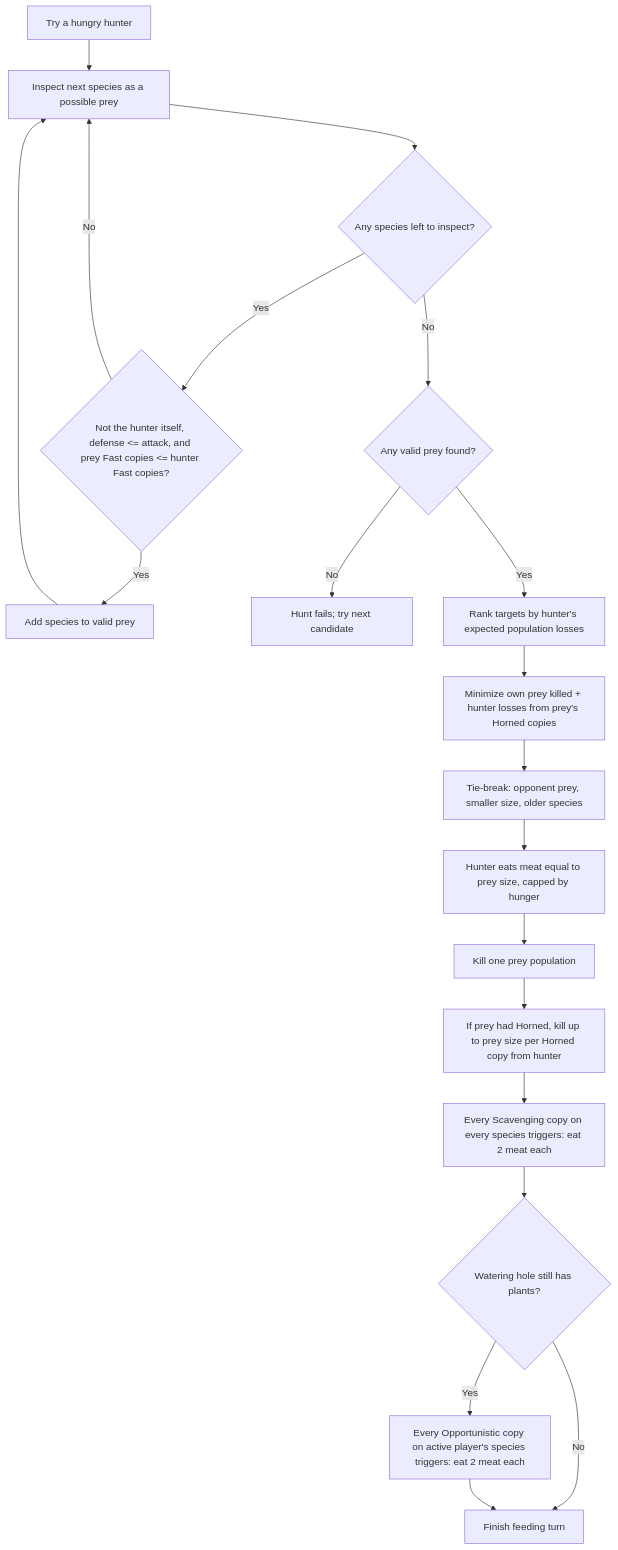
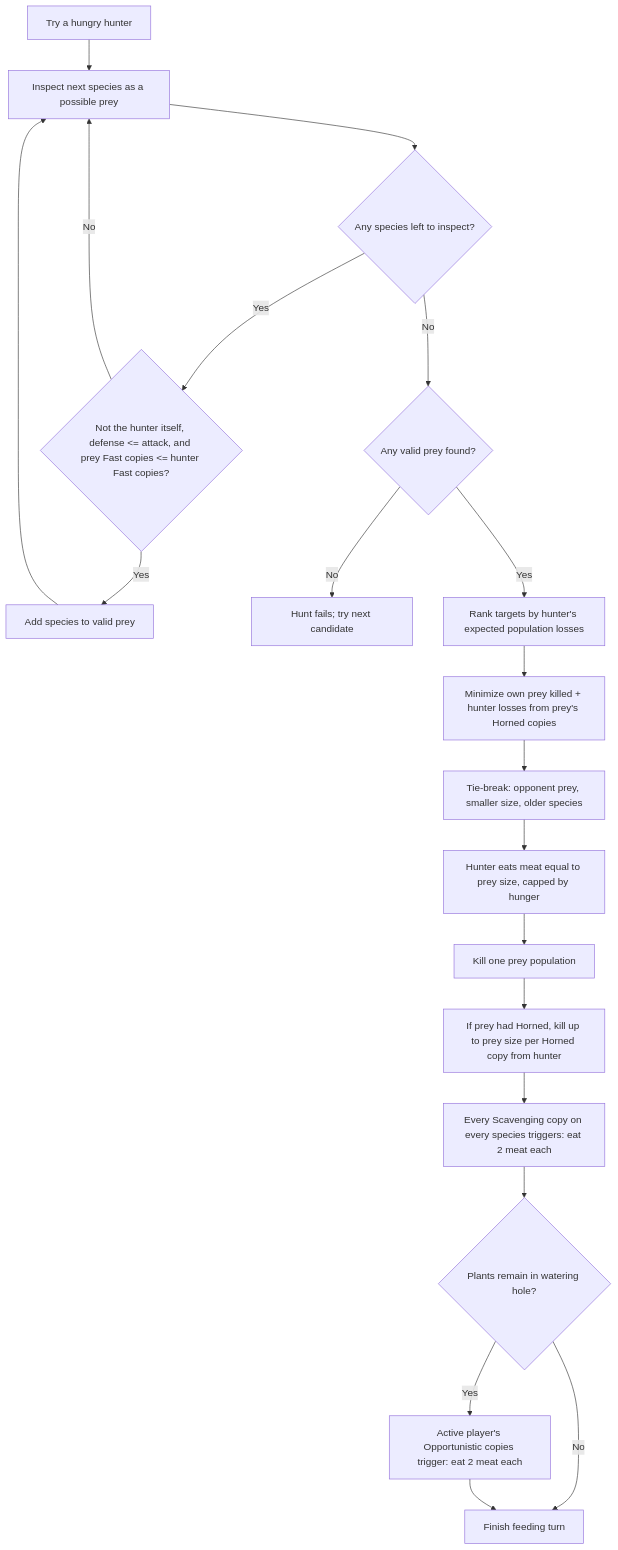
Before and after one commit to AlSimac/Nature-Solo-Bot: the fourth of 8 diagrams in FEEDING_PHASE_FLOWCHART.md, drawn with Mermaid. The commit also changed other lines of this file and 6 other files, not shown here.

Commit message:
feat: updated diagrams

````diff
--- a/FEEDING_PHASE_FLOWCHART.md
+++ b/FEEDING_PHASE_FLOWCHART.md
@@ -102,22 +85,22 @@
 ```mermaid
 flowchart TD
     A["Try a hungry hunter"] --> B["Inspect next species as a possible prey"]
     B --> C{"Any species left to inspect?"}
     C -- No --> D{"Any valid prey found?"}
     C -- Yes --> E{"Not the hunter itself, defense <= attack, and prey Fast copies <= hunter Fast copies?"}
     E -- Yes --> F["Add species to valid prey"]
     E -- No --> B
     F --> B
     D -- No --> G["Hunt fails; try next candidate"]
     D -- Yes --> H["Rank targets by hunter's expected population losses"]
     H --> I["Minimize own prey killed + hunter losses from prey's Horned copies"]
     I --> J["Tie-break: opponent prey, smaller size, older species"]
     J --> K["Hunter eats meat equal to prey size, capped by hunger"]
     K --> L["Kill one prey population"]
     L --> M["If prey had Horned, kill up to prey size per Horned copy from hunter"]
     M --> N["Every Scavenging copy on every species triggers: eat 2 meat each"]
-    N --> O{"Watering hole still has plants?"}
-    O -- Yes --> P["Every Opportunistic copy on active player's species triggers: eat 2 meat each"]
+    N --> O{"Plants remain in watering hole?"}
+    O -- Yes --> P["Active player's Opportunistic copies trigger: eat 2 meat each"]
     O -- No --> Q["Finish feeding turn"]
     P --> Q
 ```
````
